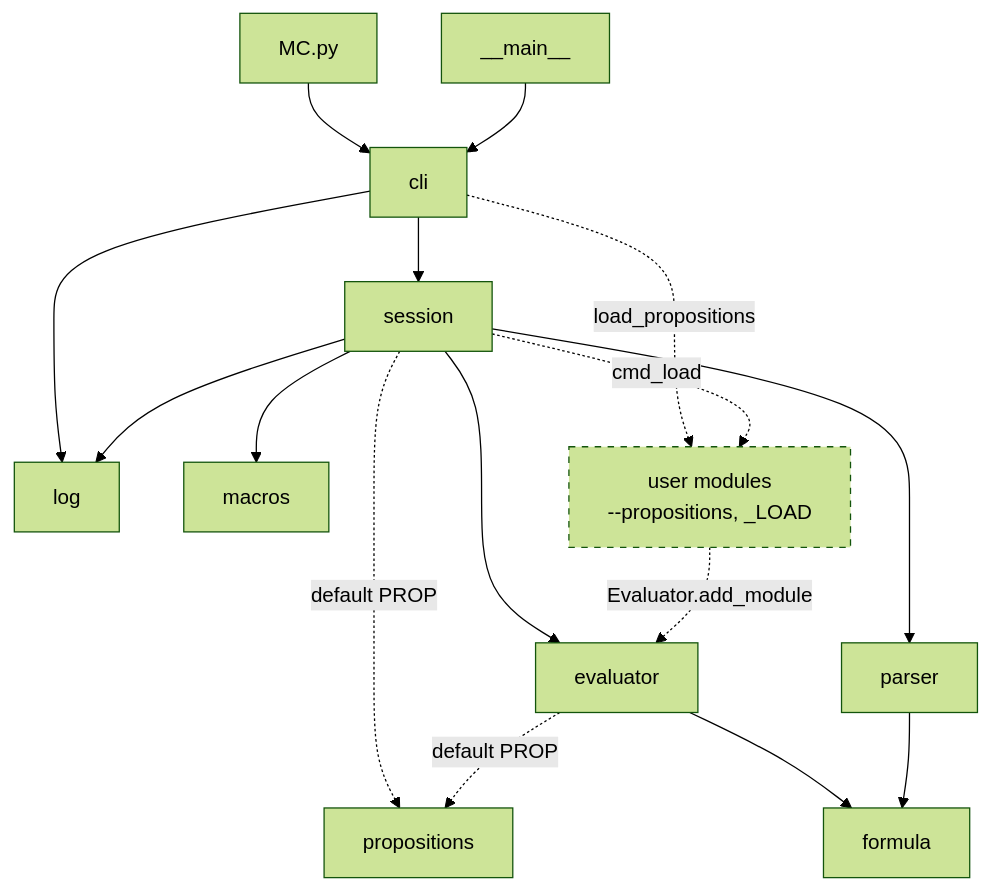
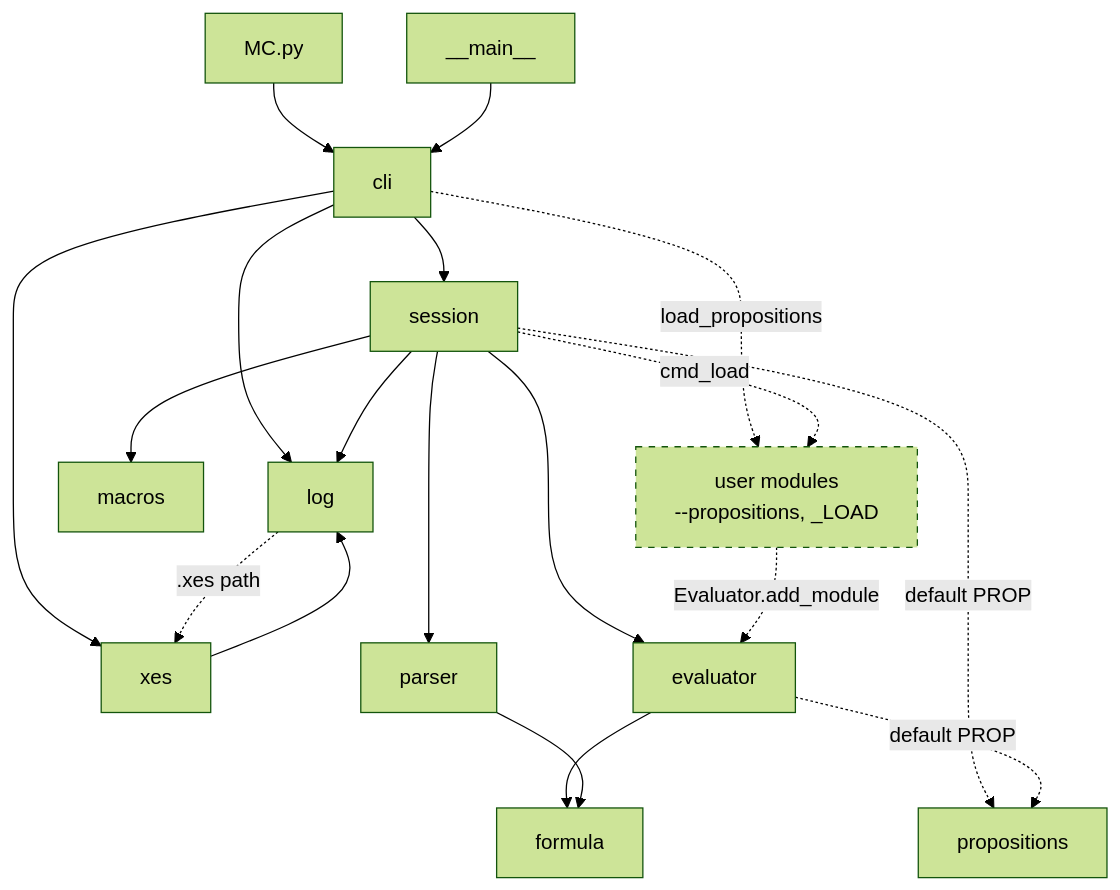
The first of 2 diagrams in docs/architecture.md (jfabra/SemanticDLTL), drawn with Mermaid (forest theme) before and after one commit. The commit also changed other lines of this file and 17 other files, not shown here.

````diff
--- a/docs/architecture.md
+++ b/docs/architecture.md
@@ -112,20 +115,23 @@
 ```mermaid
 graph TD
     MC[MC.py] --> cli
     main[__main__] --> cli
     cli --> session
     cli --> log
+    cli --> xes
+    xes --> log
+    log -.->|.xes path| xes
     session --> evaluator
     session --> parser
     session --> macros
     session --> log
     session -.->|default PROP| propositions
     evaluator --> formula
     evaluator -.->|default PROP| propositions
     parser --> formula
     user[user modules<br>--propositions, _LOAD]:::rt
     cli -.->|load_propositions| user
     session -.->|cmd_load| user
     user -.->|Evaluator.add_module| evaluator
     classDef rt stroke-dasharray: 5 5
 ```
````
